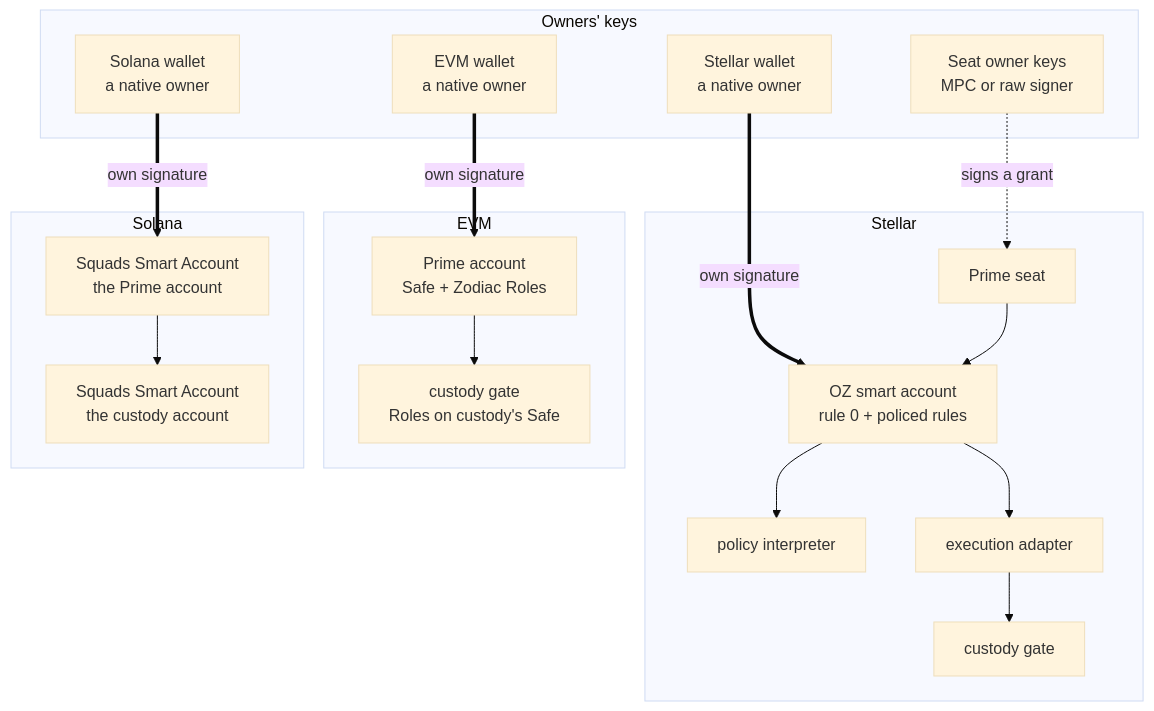
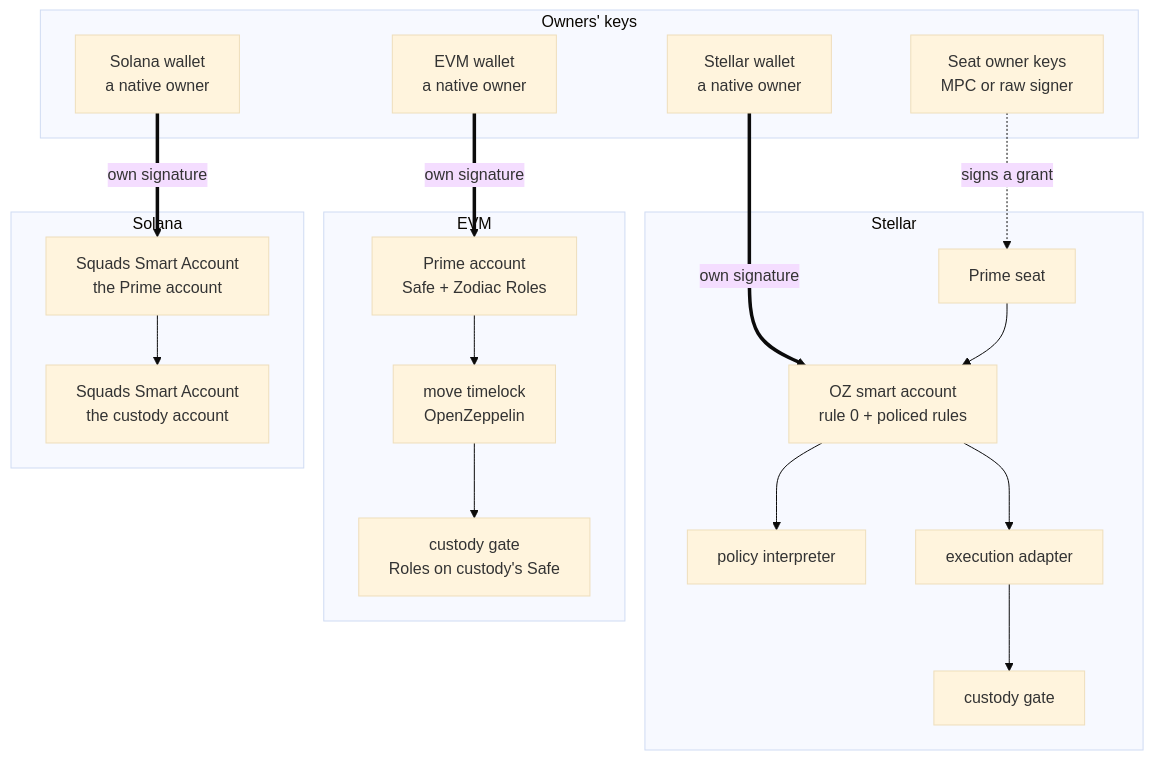
Before and after one commit to untangledfinance/oz-policy-builder: the fourth of 6 diagrams in docs/architecture.md, drawn with Mermaid (base theme). The commit also changed other lines of this file and 7 other files, not shown here.

First line of the commit message:
docs(evm): the move timelock is the design; reference line record

````diff
--- a/docs/architecture.md
+++ b/docs/architecture.md
@@ -119,33 +121,34 @@
 ```mermaid
 flowchart TB
   subgraph W["Owners' keys"]
     FR["Stellar wallet<br/>a native owner"]
     MM["EVM wallet<br/>a native owner"]
     PH["Solana wallet<br/>a native owner"]
     OK["Seat owner keys<br/>MPC or raw signer"]
   end
   subgraph XLM["Stellar"]
     OZ["OZ smart account<br/>rule 0 + policed rules"]
     SS["Prime seat"]
     INT["policy interpreter"]
     AD["execution adapter"]
     G1["custody gate"]
   end
   subgraph EVM["EVM"]
     SAFE["Prime account<br/>Safe + Zodiac Roles"]
+    MT["move timelock<br/>OpenZeppelin"]
     G3["custody gate<br/>Roles on custody's Safe"]
   end
   subgraph SOL["Solana"]
     SQ["Squads Smart Account<br/>the Prime account"]
     G2["Squads Smart Account<br/>the custody account"]
   end
   FR == "own signature" ==> OZ
   MM == "own signature" ==> SAFE
   PH == "own signature" ==> SQ
   OK -. "signs a grant" .-> SS
   SS --> OZ
-  SAFE --> G3
+  SAFE --> MT --> G3
   OZ --> INT
   OZ --> AD --> G1
   SQ --> G2
 ```
````
